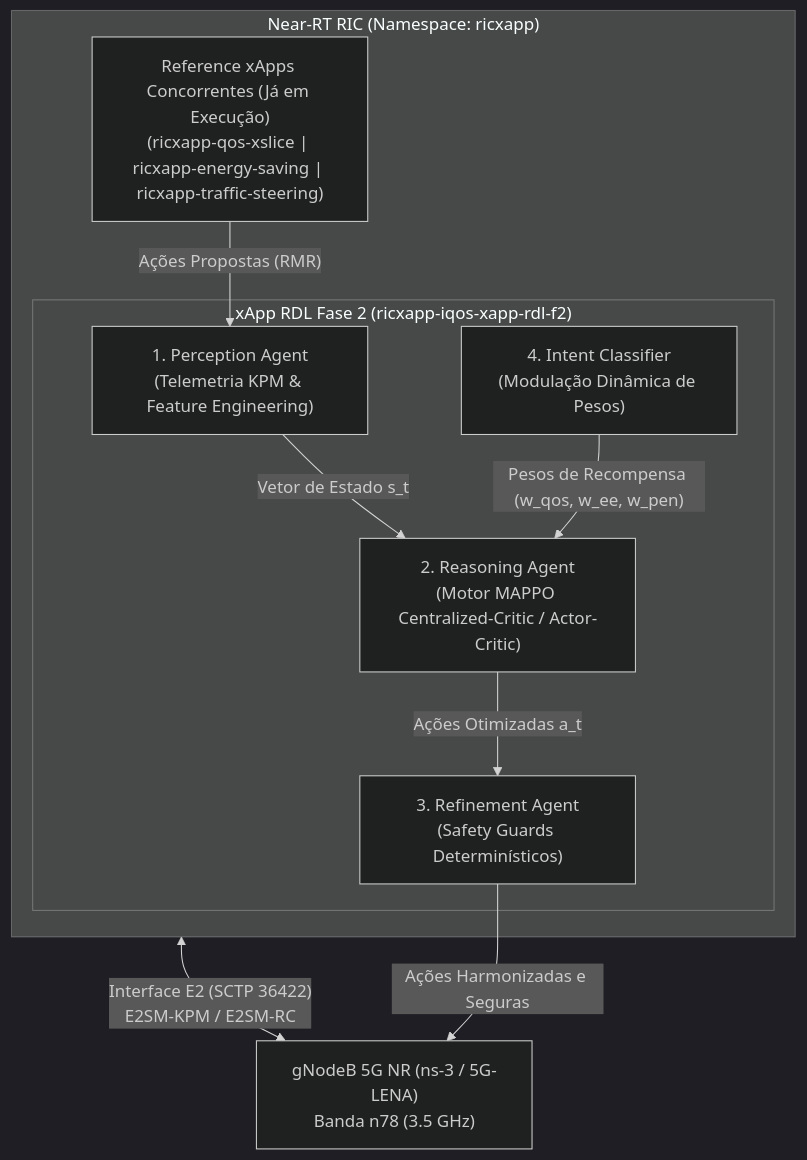
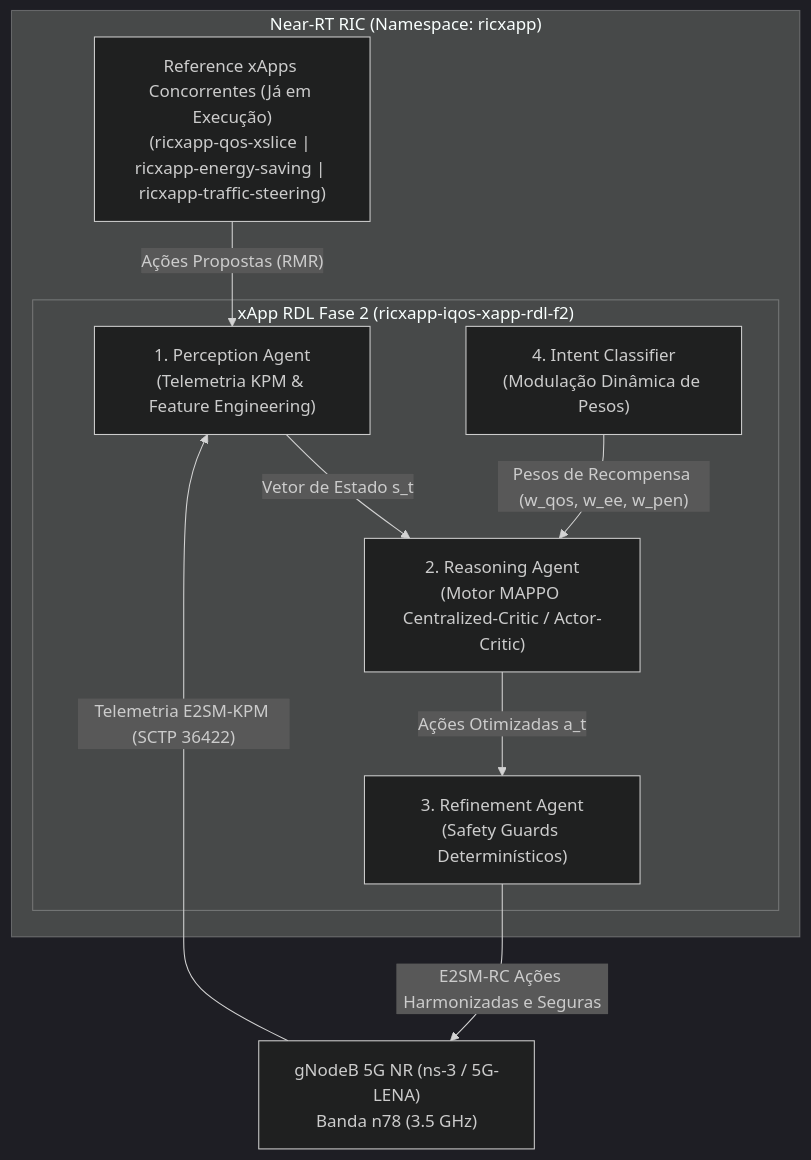
The diagram in README.md (georgebarbosa3090/XApp-RDL-F2), drawn with Mermaid (dark theme) before and after one commit. The commit also changed 15 other files, not shown here.

Commit message:
fix(docs): fix mermaid diagrams syntax and fix fallback MAPPO/Helm rollout timeout

````diff
--- a/README.md
+++ b/README.md
@@ -32,20 +32,21 @@
 ```mermaid
-graph TD
+flowchart TD
     subgraph NearRTRIC["Near-RT RIC (Namespace: ricxapp)"]
         subgraph RDL_F2["xApp RDL Fase 2 (ricxapp-iqos-xapp-rdl-f2)"]
             PA["1. Perception Agent<br/>(Telemetria KPM & Feature Engineering)"]
             RA["2. Reasoning Agent<br/>(Motor MAPPO Centralized-Critic / Actor-Critic)"]
             RE["3. Refinement Agent<br/>(Safety Guards Determinísticos)"]
             IC["4. Intent Classifier<br/>(Modulação Dinâmica de Pesos)"]
         end
 
         XAPPS["Reference xApps Concorrentes (Já em Execução)<br/>(ricxapp-qos-xslice | ricxapp-energy-saving | ricxapp-traffic-steering)"]
     end
 
-    gNB["gNodeB 5G NR (ns-3 / 5G-LENA)<br/>Banda n78 (3.5 GHz)"] <-->|"Interface E2 (SCTP 36422)<br/>E2SM-KPM / E2SM-RC"| NearRTRIC
+    gNB["gNodeB 5G NR (ns-3 / 5G-LENA)<br/>Banda n78 (3.5 GHz)"]
+    gNB -->|"Telemetria E2SM-KPM (SCTP 36422)"| PA
     XAPPS -->|"Ações Propostas (RMR)"| PA
     PA -->|"Vetor de Estado s_t"| RA
     IC -->|"Pesos de Recompensa (w_qos, w_ee, w_pen)"| RA
     RA -->|"Ações Otimizadas a_t"| RE
-    RE -->|"Ações Harmonizadas e Seguras"| gNB
+    RE -->|"E2SM-RC Ações Harmonizadas e Seguras"| gNB
 ```
````
